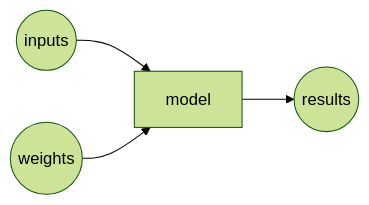
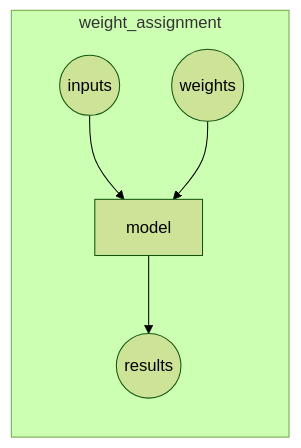
One commit to Jaas-Wang/smartbook changed the third of 10 diagrams in smartbook/Fastai-01.md. Above: the diagram before and after it, drawn with Mermaid (forest theme). The commit also changed other lines of this file, not shown here.

````diff
--- a/smartbook/Fastai-01.md
+++ b/smartbook/Fastai-01.md
@@ -646,11 +652,13 @@
 ```mermaid
 graph LR
 
 B((inputs))
 C((weights))
 D[model]
 E((results))
+subgraph weight_assignment
 B --> D;
 C --> D;
 D --> E
+end
 ```
````
